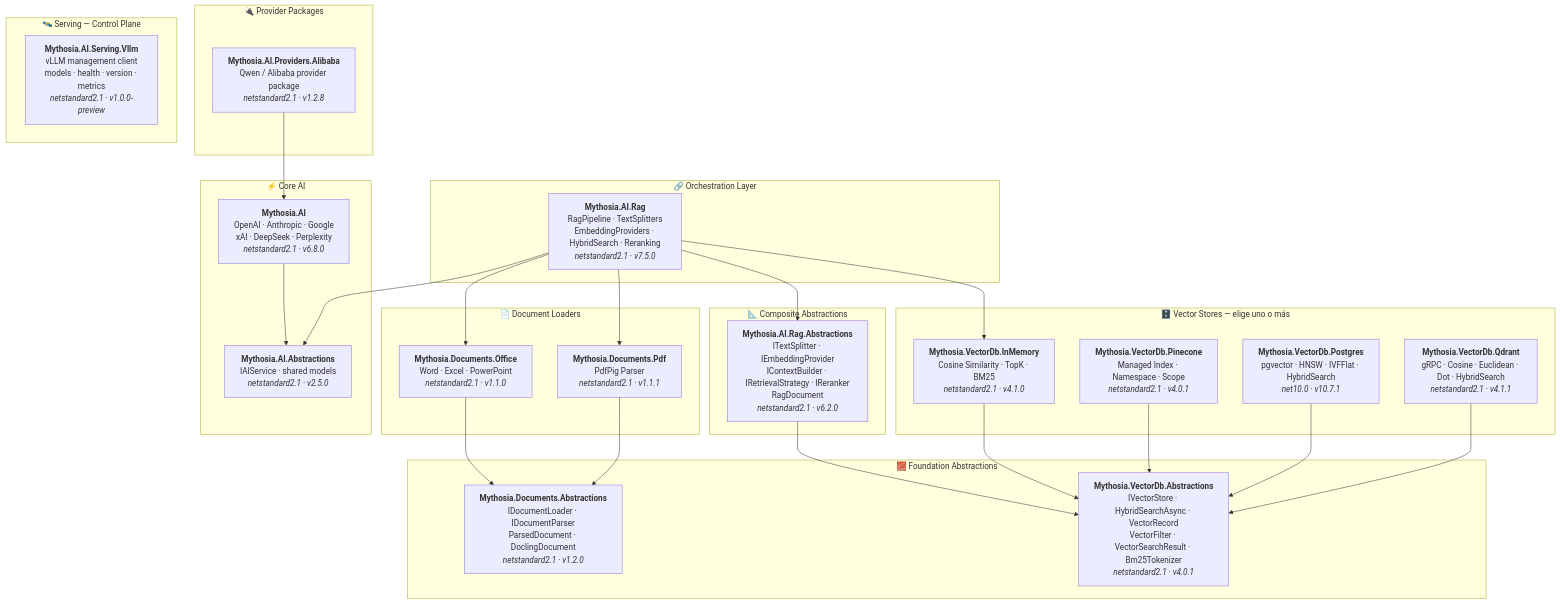
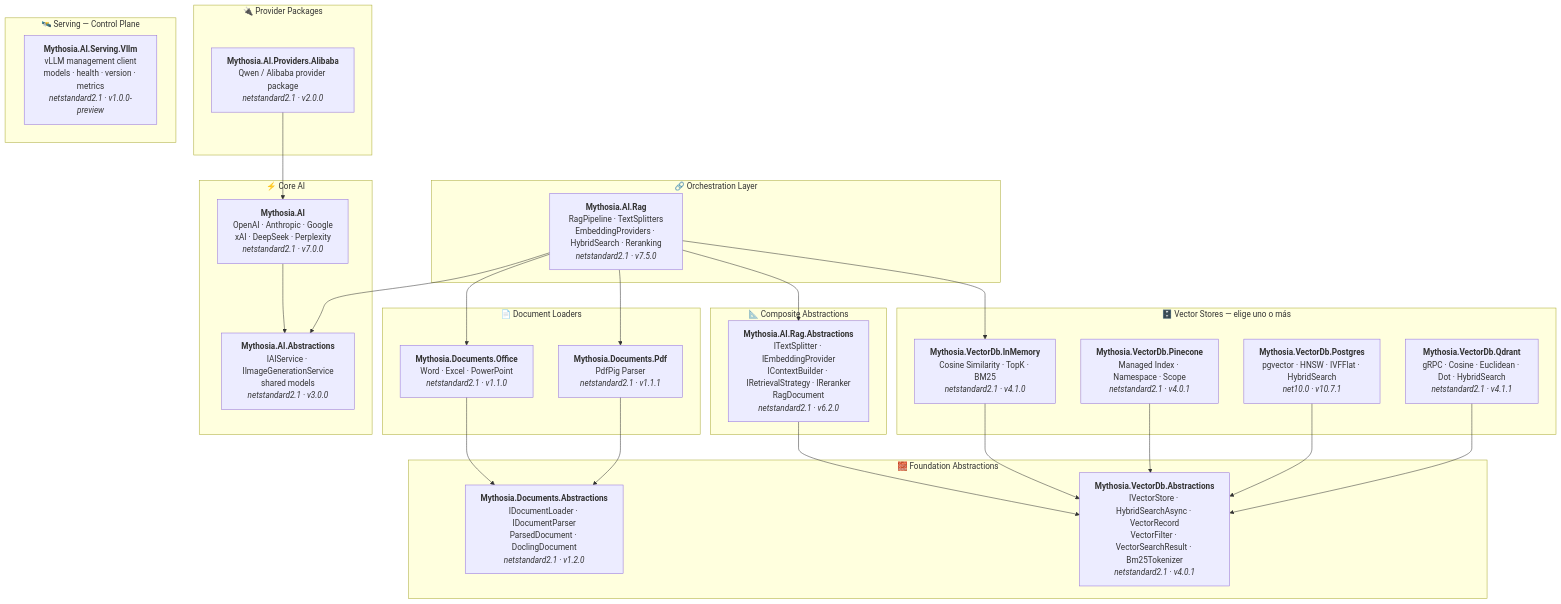
One commit to AJ-comp/Mythosia.AI changed the diagram in docs/es/README.md. Above: the diagram before and after it, drawn with Mermaid. The commit also changed other lines of this file and 436 other files, not shown here.

````diff
--- a/docs/es/README.md
+++ b/docs/es/README.md
@@ -48,55 +48,55 @@
 ```mermaid
 graph TD
     subgraph "🔗 Orchestration Layer"
         Rag["<b>Mythosia.AI.Rag</b><br/>RagPipeline · TextSplitters<br/>EmbeddingProviders · HybridSearch · Reranking<br/><i>netstandard2.1 · v7.5.0</i>"]
     end
 
     subgraph "⚡ Core AI"
-        AI["<b>Mythosia.AI</b><br/>OpenAI · Anthropic · Google<br/>xAI · DeepSeek · Perplexity<br/><i>netstandard2.1 · v6.8.0</i>"]
-        AIAbs["<b>Mythosia.AI.Abstractions</b><br/>IAIService · shared models<br/><i>netstandard2.1 · v2.5.0</i>"]
+        AI["<b>Mythosia.AI</b><br/>OpenAI · Anthropic · Google<br/>xAI · DeepSeek · Perplexity<br/><i>netstandard2.1 · v7.0.0</i>"]
+        AIAbs["<b>Mythosia.AI.Abstractions</b><br/>IAIService · IImageGenerationService<br/>shared models<br/><i>netstandard2.1 · v3.0.0</i>"]
     end
 
     subgraph "🔌 Provider Packages"
-        Alibaba["<b>Mythosia.AI.Providers.Alibaba</b><br/>Qwen / Alibaba provider package<br/><i>netstandard2.1 · v1.2.8</i>"]
+        Alibaba["<b>Mythosia.AI.Providers.Alibaba</b><br/>Qwen / Alibaba provider package<br/><i>netstandard2.1 · v2.0.0</i>"]
     end
 
     subgraph "🛰️ Serving — Control Plane"
         VllmServing["<b>Mythosia.AI.Serving.Vllm</b><br/>vLLM management client<br/>models · health · version · metrics<br/><i>netstandard2.1 · v1.0.0-preview</i>"]
     end
 
     subgraph "📄 Document Loaders"
         Office["<b>Mythosia.Documents.Office</b><br/>Word · Excel · PowerPoint<br/><i>netstandard2.1 · v1.1.0</i>"]
         Pdf["<b>Mythosia.Documents.Pdf</b><br/>PdfPig Parser<br/><i>netstandard2.1 · v1.1.1</i>"]
     end
 
     subgraph "📐 Composite Abstractions"
         RagAbs["<b>Mythosia.AI.Rag.Abstractions</b><br/>ITextSplitter · IEmbeddingProvider<br/>IContextBuilder · IRetrievalStrategy · IReranker<br/>RagDocument<br/><i>netstandard2.1 · v6.2.0</i>"]
     end
 
     subgraph "🗄️ Vector Stores — elige uno o más"
         InMem["<b>Mythosia.VectorDb.InMemory</b><br/>Cosine Similarity · TopK · BM25<br/><i>netstandard2.1 · v4.1.0</i>"]
         Pine["<b>Mythosia.VectorDb.Pinecone</b><br/>Managed Index · Namespace · Scope<br/><i>netstandard2.1 · v4.0.1</i>"]
         Pg["<b>Mythosia.VectorDb.Postgres</b><br/>pgvector · HNSW · IVFFlat · HybridSearch<br/><i>net10.0 · v10.7.1</i>"]
         Qd["<b>Mythosia.VectorDb.Qdrant</b><br/>gRPC · Cosine · Euclidean · Dot · HybridSearch<br/><i>netstandard2.1 · v4.1.1</i>"]
     end
 
     subgraph "🧱 Foundation Abstractions"
         LoaderAbs["<b>Mythosia.Documents.Abstractions</b><br/>IDocumentLoader · IDocumentParser<br/>ParsedDocument · DoclingDocument<br/><i>netstandard2.1 · v1.2.0</i>"]
         VdbAbs["<b>Mythosia.VectorDb.Abstractions</b><br/>IVectorStore · HybridSearchAsync · VectorRecord<br/>VectorFilter · VectorSearchResult · Bm25Tokenizer<br/><i>netstandard2.1 · v4.0.1</i>"]
     end
 
     AI --> AIAbs
     Rag --> AIAbs
     Rag --> Office
     Rag --> Pdf
     Rag --> RagAbs
     Rag --> InMem
     Alibaba --> AI
     RagAbs --> VdbAbs
     Office --> LoaderAbs
     Pdf --> LoaderAbs
     InMem --> VdbAbs
     Pine --> VdbAbs
     Pg --> VdbAbs
     Qd --> VdbAbs
 ```
````
